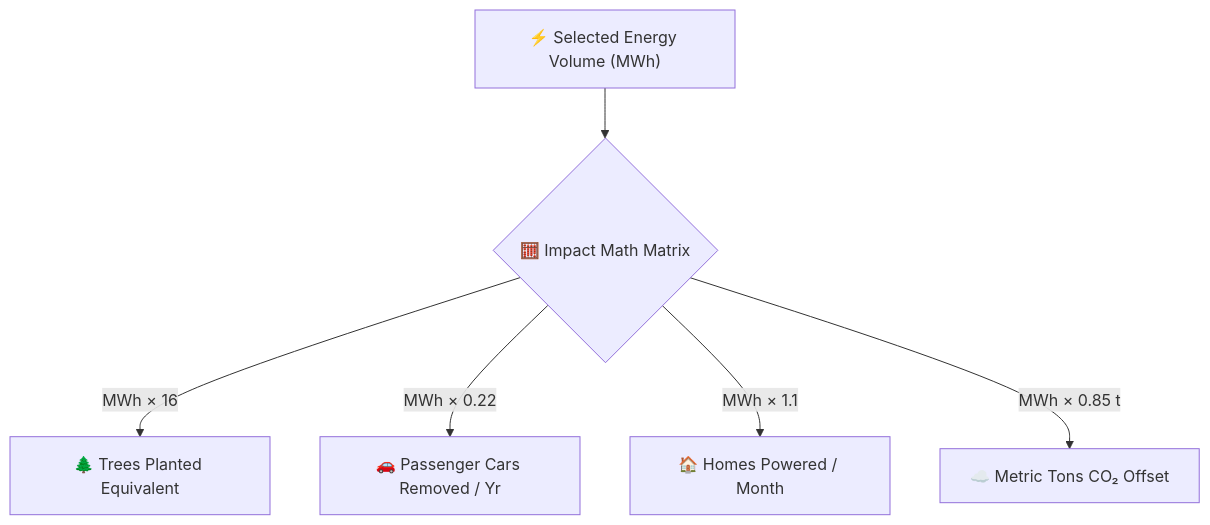
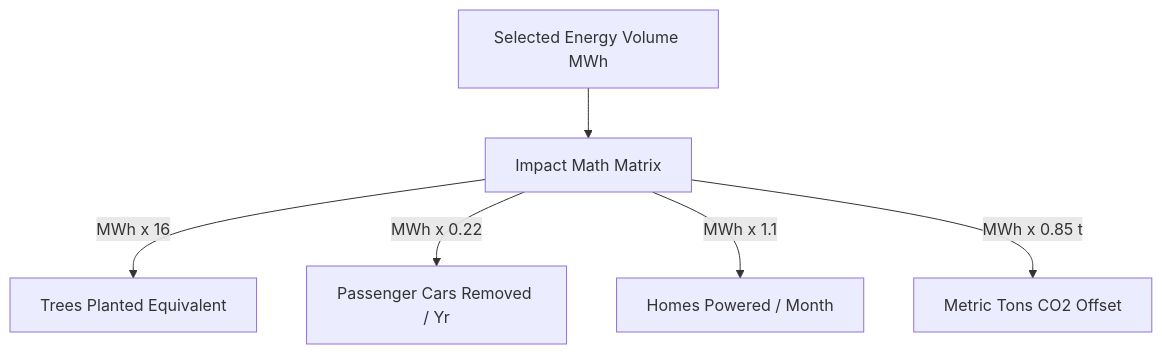
The fourth of 5 diagrams in README.md (sachinnit25/Renewable-Energy-Credit-Marketplace), drawn with Mermaid before and after one commit. The commit also changed other lines of this file, not shown here.

Commit message:
fix(docs): fix Mermaid syntax quotation and edge labels in README.md for GitHub rich display rendering

````diff
--- a/README.md
+++ b/README.md
@@ -138,9 +139,9 @@
 ```mermaid
 flowchart TD
-  Input["⚡ Selected Energy Volume (MWh)"] --> Converter{"🧮 Impact Math Matrix"}
+  Input["Selected Energy Volume MWh"] --> Converter["Impact Math Matrix"]
   
-  Converter -->|MWh × 16| Trees["🌲 Trees Planted Equivalent"]
-  Converter -->|MWh × 0.22| Cars["🚗 Passenger Cars Removed / Yr"]
-  Converter -->|MWh × 1.1| Homes["🏠 Homes Powered / Month"]
-  Converter -->|MWh × 0.85 t| Carbon["☁️ Metric Tons CO₂ Offset"]
+  Converter -->|"MWh x 16"| Trees["Trees Planted Equivalent"]
+  Converter -->|"MWh x 0.22"| Cars["Passenger Cars Removed / Yr"]
+  Converter -->|"MWh x 1.1"| Homes["Homes Powered / Month"]
+  Converter -->|"MWh x 0.85 t"| Carbon["Metric Tons CO2 Offset"]
 ```
````
